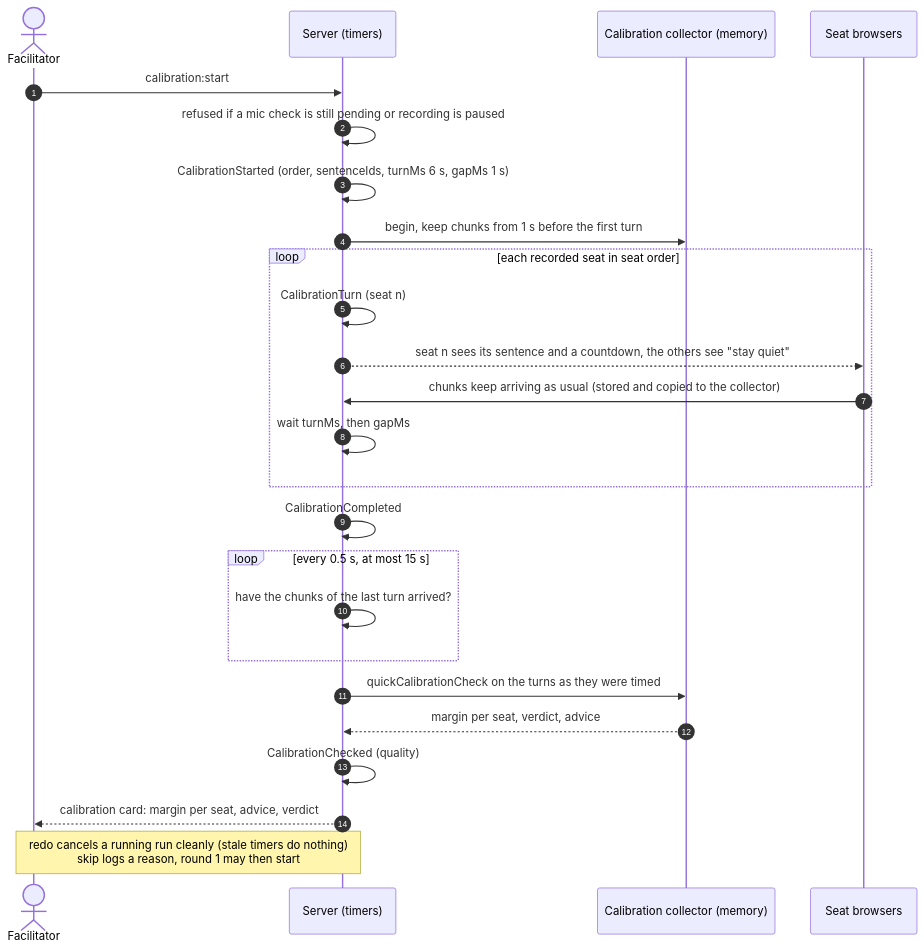
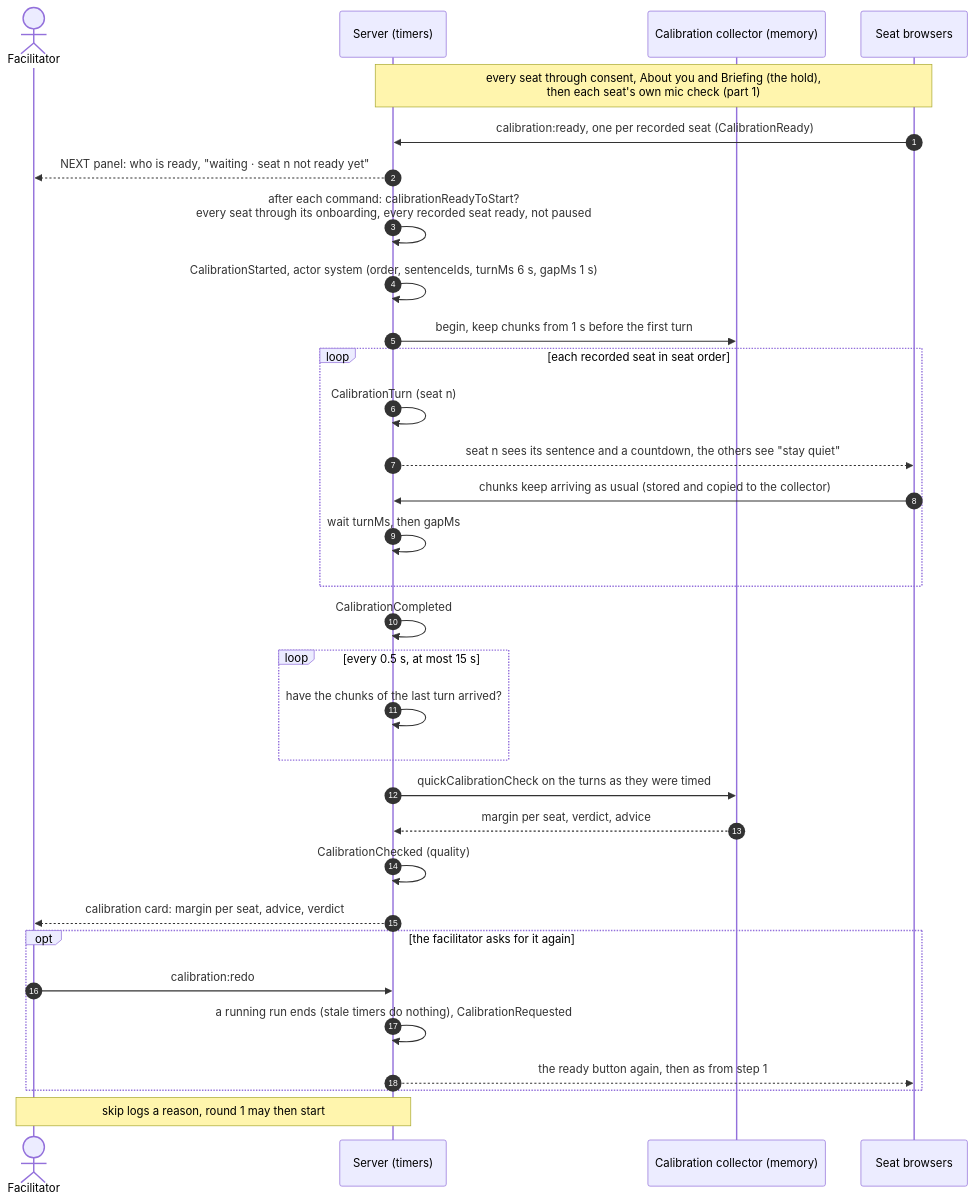
The eighth of 11 diagrams in docs/AUDIO.md (xy-zak/WhoKnowsWhoActs), drawn with Mermaid before and after one commit. The commit also changed other lines of this file and 21 other files, not shown here.

First line of the commit message:
Docs: session startup flow (welcome page, eleven setup steps, consent sections, mic check hold until the briefing, calibration readiness); change logs

````diff
--- a/docs/AUDIO.md
+++ b/docs/AUDIO.md
@@ -373,27 +386,34 @@
 ```mermaid
 sequenceDiagram
   autonumber
   actor F as Facilitator
   participant S as Server (timers)
   participant C as Calibration collector (memory)
   participant B as Seat browsers
-  F->>S: calibration:start
-  S->>S: refused if a mic check is still pending or recording is paused
-  S->>S: CalibrationStarted (order, sentenceIds, turnMs 6 s, gapMs 1 s)
+  Note over B,S: every seat through consent, About you and Briefing (the hold),<br/>then each seat's own mic check (part 1)
+  B->>S: calibration:ready, one per recorded seat (CalibrationReady)
+  S-->>F: NEXT panel: who is ready, "waiting · seat n not ready yet"
+  S->>S: after each command: calibrationReadyToStart?<br/>every seat through its onboarding, every recorded seat ready, not paused
+  S->>S: CalibrationStarted, actor system (order, sentenceIds, turnMs 6 s, gapMs 1 s)
   S->>C: begin, keep chunks from 1 s before the first turn
   loop each recorded seat in seat order
     S->>S: CalibrationTurn (seat n)
     S-->>B: seat n sees its sentence and a countdown, the others see "stay quiet"
     B->>S: chunks keep arriving as usual (stored and copied to the collector)
     S->>S: wait turnMs, then gapMs
   end
   S->>S: CalibrationCompleted
   loop every 0.5 s, at most 15 s
     S->>S: have the chunks of the last turn arrived?
   end
   S->>C: quickCalibrationCheck on the turns as they were timed
   C-->>S: margin per seat, verdict, advice
   S->>S: CalibrationChecked (quality)
   S-->>F: calibration card: margin per seat, advice, verdict
-  Note over F,S: redo cancels a running run cleanly (stale timers do nothing)<br/>skip logs a reason, round 1 may then start
+  opt the facilitator asks for it again
+    F->>S: calibration:redo
+    S->>S: a running run ends (stale timers do nothing), CalibrationRequested
+    S-->>B: the ready button again, then as from step 1
+  end
+  Note over F,S: skip logs a reason, round 1 may then start
 ```
````
